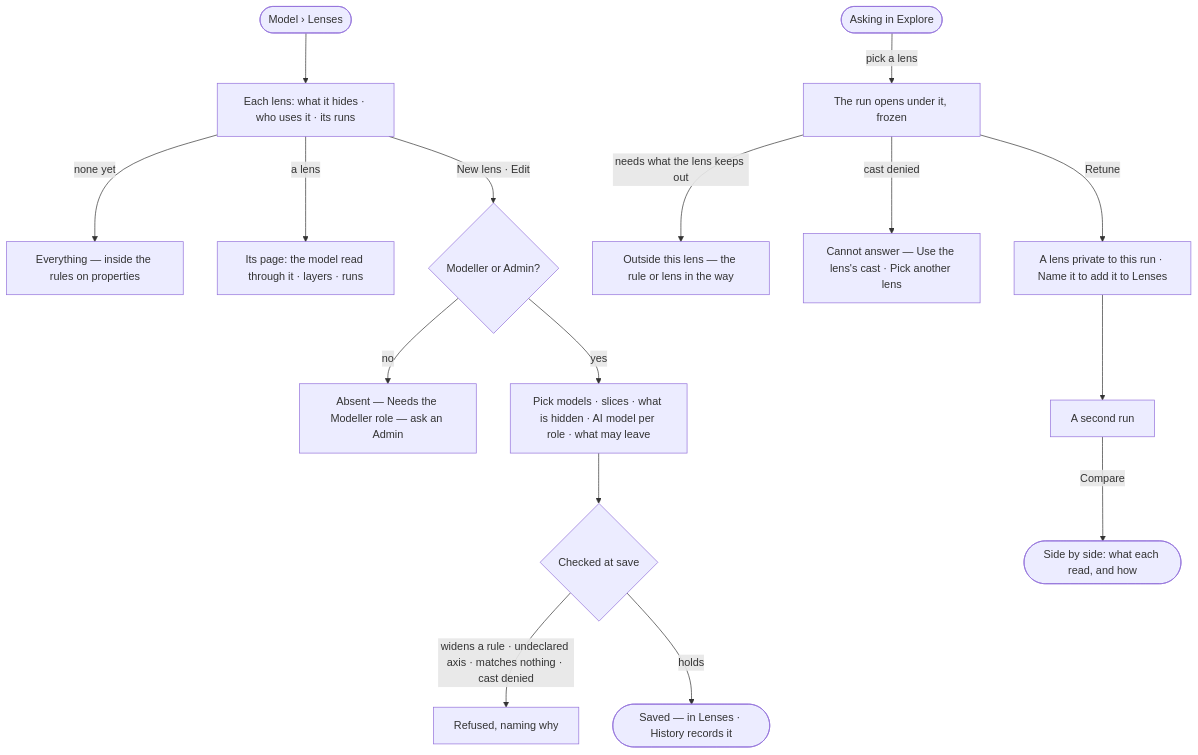
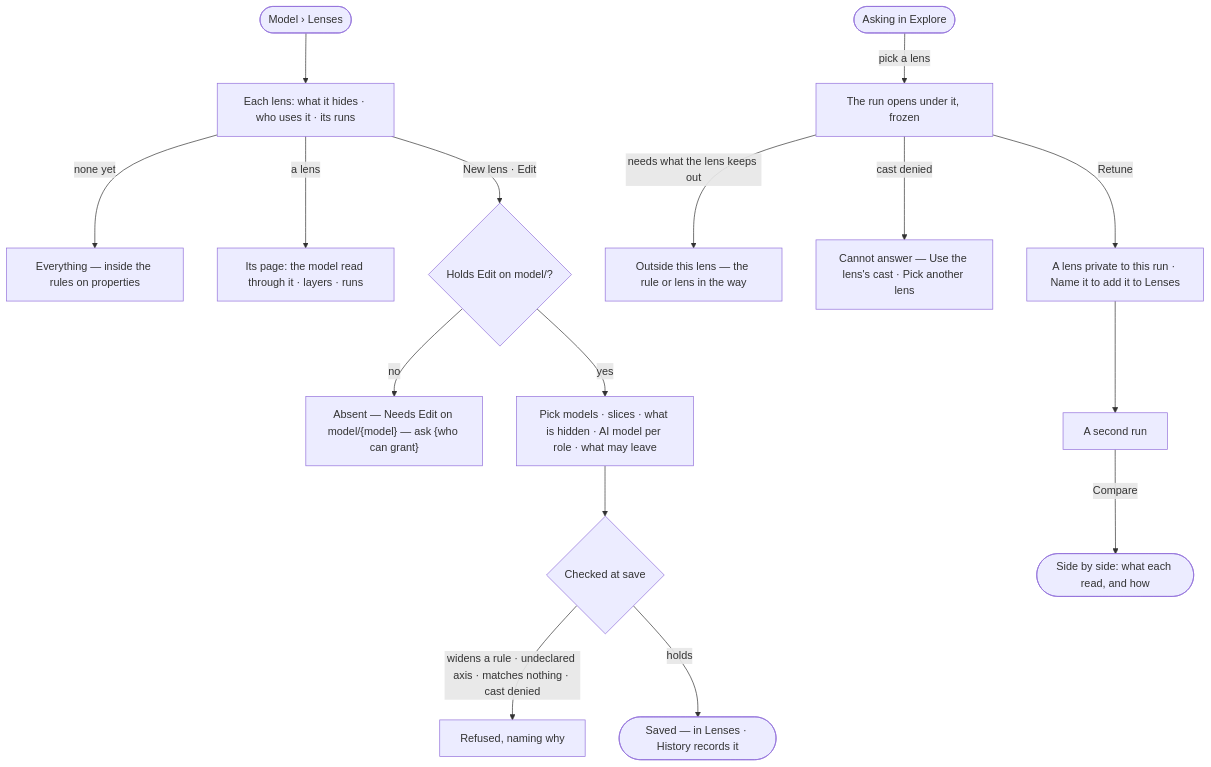
The diagram in specs/capabilities/semantics/features/SE-F09-lenses-of-the-graph/stories/SE-10-pick-a-lens-and-compare-two-runs/story.md (invana/invana), drawn with Mermaid before and after one commit. The commit also changed other lines of this file and 228 other files, not shown here.

````diff
--- a/specs/capabilities/semantics/features/SE-F09-lenses-of-the-graph/stories/SE-10-pick-a-lens-and-compare-two-runs/story.md
+++ b/specs/capabilities/semantics/features/SE-F09-lenses-of-the-graph/stories/SE-10-pick-a-lens-and-compare-two-runs/story.md
@@ -32,18 +32,18 @@
 ```mermaid
 flowchart TD
   a([Model › Lenses]) --> l["Each lens: what it hides · who uses it · its runs"]
   l -->|none yet| e["Everything — inside the rules on properties"]
   l -->|a lens| pg["Its page: the model read through it · layers · runs"]
-  l -->|New lens · Edit| r{Modeller or Admin?}
-  r -->|no| na["Absent — Needs the Modeller role — ask an Admin"]
+  l -->|New lens · Edit| r{"Holds Edit on model/<model>?"}
+  r -->|no| na["Absent — Needs Edit on model/{model} — ask {who can grant}"]
   r -->|yes| ed["Pick models · slices · what is hidden · AI model per role · what may leave"]
   ed --> v{Checked at save}
   v -->|widens a rule · undeclared axis · matches nothing · cast denied| rf["Refused, naming why"]
   v -->|holds| s(["Saved — in Lenses · History records it"])
   q([Asking in Explore]) -->|pick a lens| run["The run opens under it, frozen"]
   run -->|needs what the lens keeps out| out["Outside this lens — the rule or lens in the way"]
   run -->|cast denied| cr["Cannot answer — Use the lens's cast · Pick another lens"]
   run -->|Retune| rt["A lens private to this run · Name it to add it to Lenses"]
   rt --> run2["A second run"]
   run2 -->|Compare| c(["Side by side: what each read, and how"])
 ```
````
